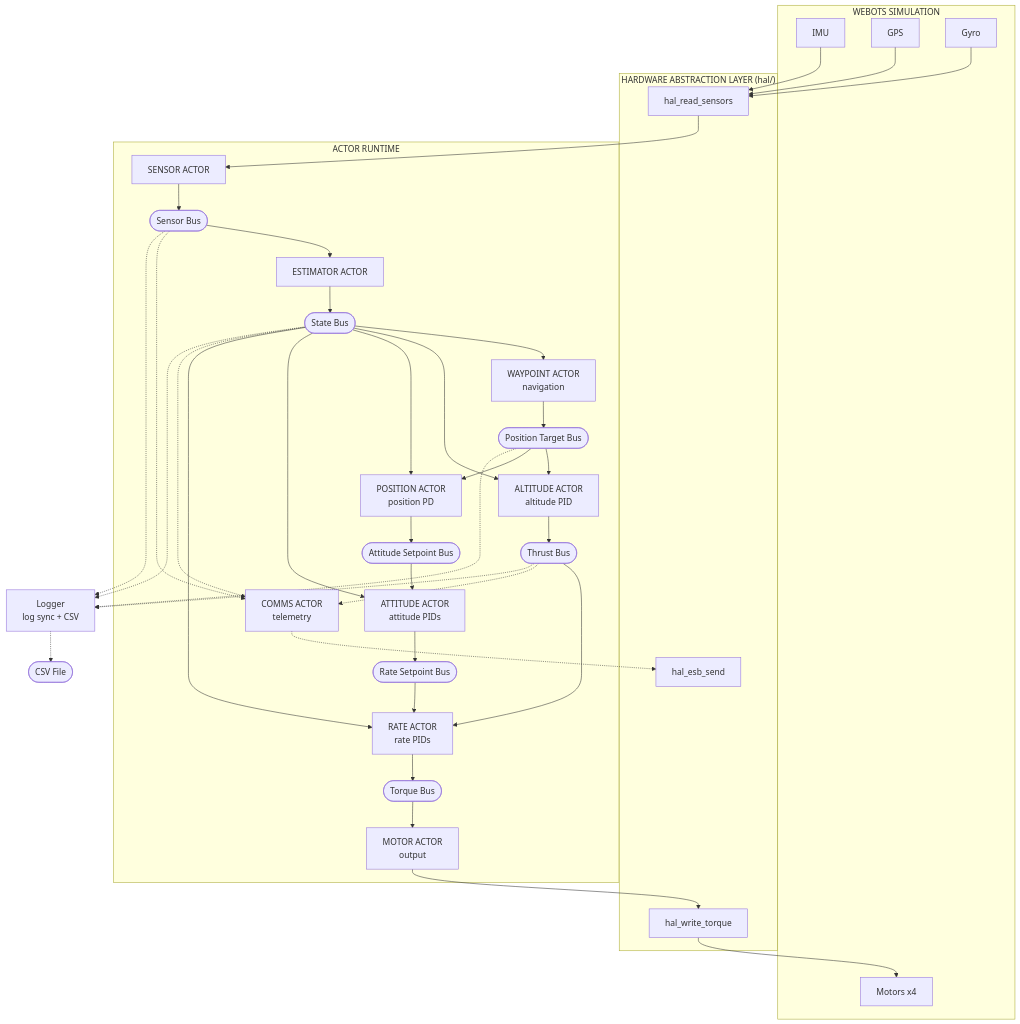
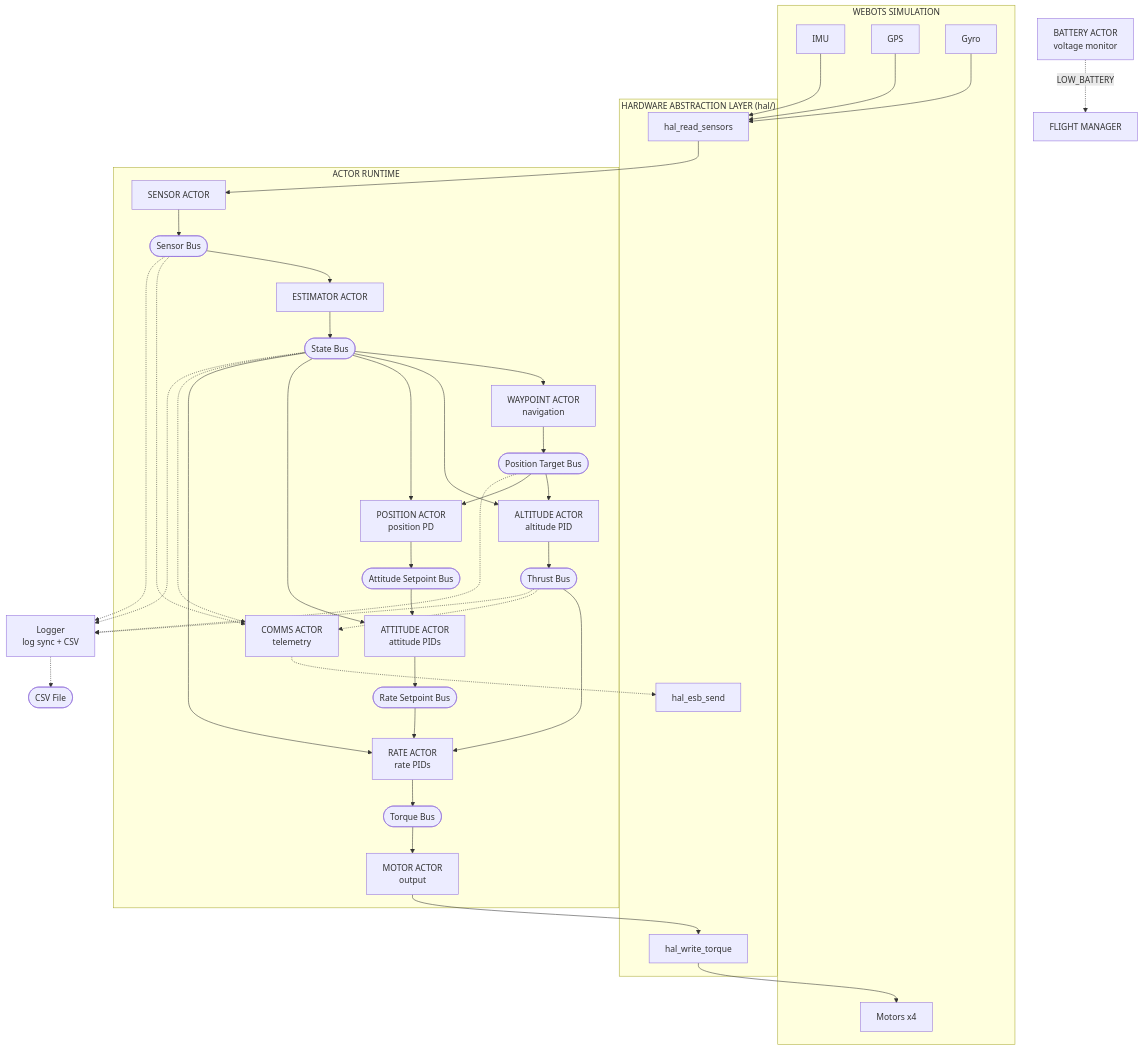
The diagram in examples/pilot/docs/spec/design.md (joagre/hive), drawn with Mermaid before and after one commit. The commit also changed other lines of this file and 13 other files, not shown here.

````diff
--- a/examples/pilot/docs/spec/design.md
+++ b/examples/pilot/docs/spec/design.md
@@ -235,63 +241,65 @@
 ```mermaid
 graph TB
     subgraph WEBOTS["WEBOTS SIMULATION"]
         IMU[IMU]
         GPS[GPS]
         Gyro[Gyro]
         Motors[Motors x4]
     end
 
     subgraph HAL["HARDWARE ABSTRACTION LAYER (hal/)"]
         ReadSensors[hal_read_sensors]
         WriteTorque[hal_write_torque]
         RadioTx[hal_esb_send]
     end
 
     subgraph RUNTIME["ACTOR RUNTIME"]
         Sensor[SENSOR ACTOR]
         SensorBus([Sensor Bus])
         Estimator[ESTIMATOR ACTOR]
         StateBus([State Bus])
 
         Altitude[ALTITUDE ACTOR<br/>altitude PID]
         Waypoint[WAYPOINT ACTOR<br/>navigation]
         PositionTargetBus([Position Target Bus])
         Position[POSITION ACTOR<br/>position PD]
         ThrustBus([Thrust Bus])
         AttitudeSPBus([Attitude Setpoint Bus])
         Attitude[ATTITUDE ACTOR<br/>attitude PIDs]
         RateSPBus([Rate Setpoint Bus])
         Rate[RATE ACTOR<br/>rate PIDs]
         TorqueBus([Torque Bus])
         Motor[MOTOR ACTOR<br/>output]
         Comms[COMMS ACTOR<br/>telemetry]
     end
 
     IMU --> ReadSensors
     GPS --> ReadSensors
     Gyro --> ReadSensors
     WriteTorque --> Motors
 
     ReadSensors --> Sensor
     Sensor --> SensorBus --> Estimator --> StateBus
 
     StateBus --> Waypoint --> PositionTargetBus --> Altitude --> ThrustBus --> Rate
     PositionTargetBus --> Position
     StateBus --> Altitude
     StateBus --> Position --> AttitudeSPBus --> Attitude
     StateBus --> Attitude --> RateSPBus --> Rate --> TorqueBus --> Motor
     StateBus --> Rate
 
     Motor --> WriteTorque
 
+    Battery[BATTERY ACTOR<br/>voltage monitor] -.->|LOW_BATTERY| FlightMgr[FLIGHT MANAGER]
+
     SensorBus -.-> Comms
     StateBus -.-> Comms
     ThrustBus -.-> Comms
     Comms -.-> RadioTx
 
     SensorBus -.-> Logger[Logger<br/>log sync + CSV]
     StateBus -.-> Logger
     ThrustBus -.-> Logger
     PositionTargetBus -.-> Logger
     Logger -.-> CSV([CSV File])
 ```
````
